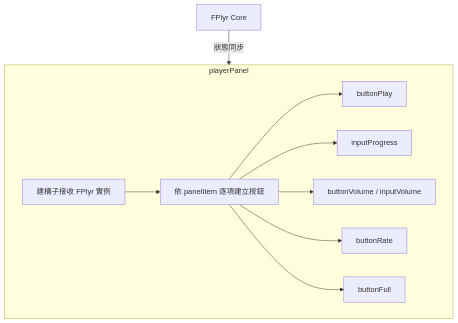
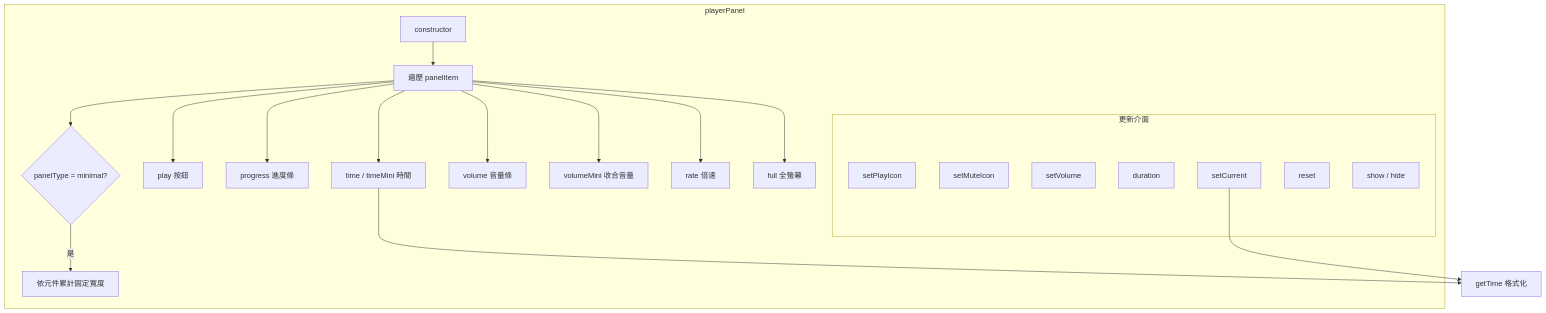
One commit to pardnchiu/FlexPlyr changed the fifth of 9 diagrams in doc/architecture.zh.md. Above: the diagram before and after it, drawn with Mermaid. The commit also changed other lines of this file and 7 other files, not shown here.

Commit message:
doc: Regenerate bilingual README, doc, and architecture docs from source

````diff
--- a/doc/architecture.zh.md
+++ b/doc/architecture.zh.md
@@ -49,12 +111,27 @@
 ```mermaid
 graph TB
     subgraph playerPanel
-        Ctor[建構子接收 FPlyr 實例] --> Build[依 panelItem 逐項建立按鈕]
-        Build --> Play[buttonPlay]
-        Build --> Progress[inputProgress]
-        Build --> Volume[buttonVolume / inputVolume]
-        Build --> Rate[buttonRate]
-        Build --> Full[buttonFull]
+        CTOR[constructor] --> LOOP[遍歷 panelItem]
+        LOOP --> BP[play 按鈕]
+        LOOP --> PR[progress 進度條]
+        LOOP --> TM[time / timeMini 時間]
+        LOOP --> VO[volume 音量條]
+        LOOP --> VM[volumeMini 收合音量]
+        LOOP --> RT[rate 倍速]
+        LOOP --> FU[full 全螢幕]
+        LOOP --> W{panelType = minimal?}
+        W -->|是| WIDTH[依元件累計固定寬度]
+
+        subgraph 更新介面
+            SPI[setPlayIcon]
+            SMI[setMuteIcon]
+            SV[setVolume]
+            DU[duration]
+            SC[setCurrent]
+            RS[reset]
+            SH[show / hide]
+        end
     end
-    FPlyrCore[FPlyr Core] -->|狀態同步| playerPanel
+    TM --> GT[getTime 格式化]
+    SC --> GT
 ```
````
